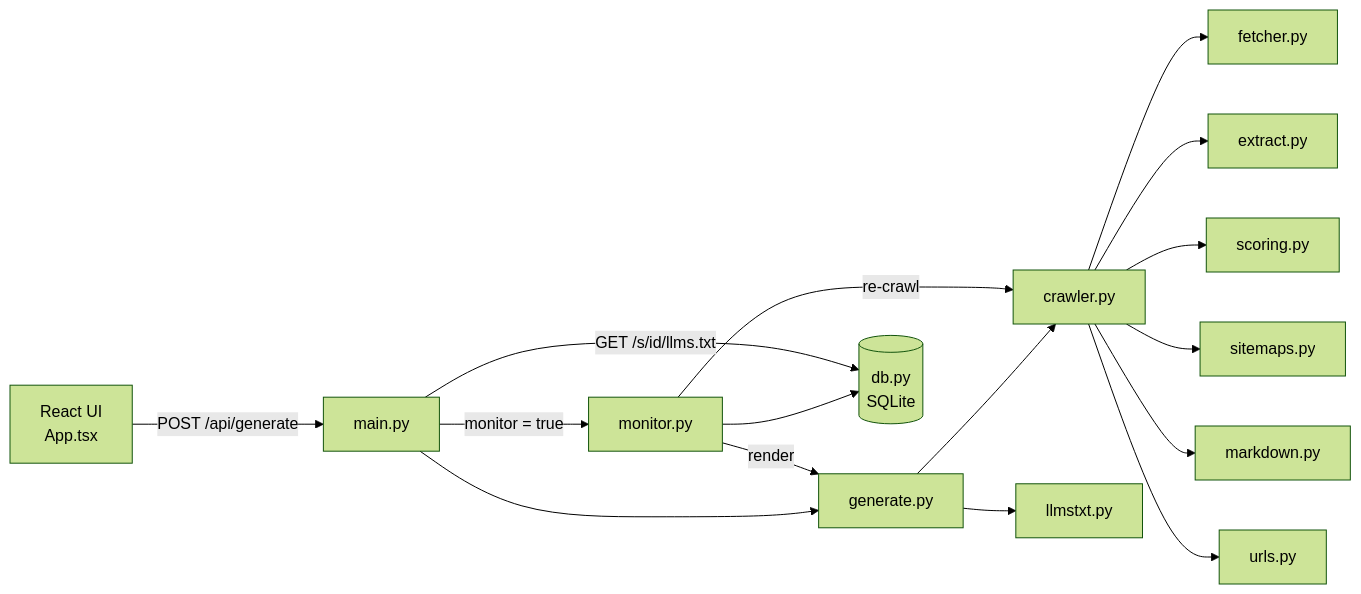
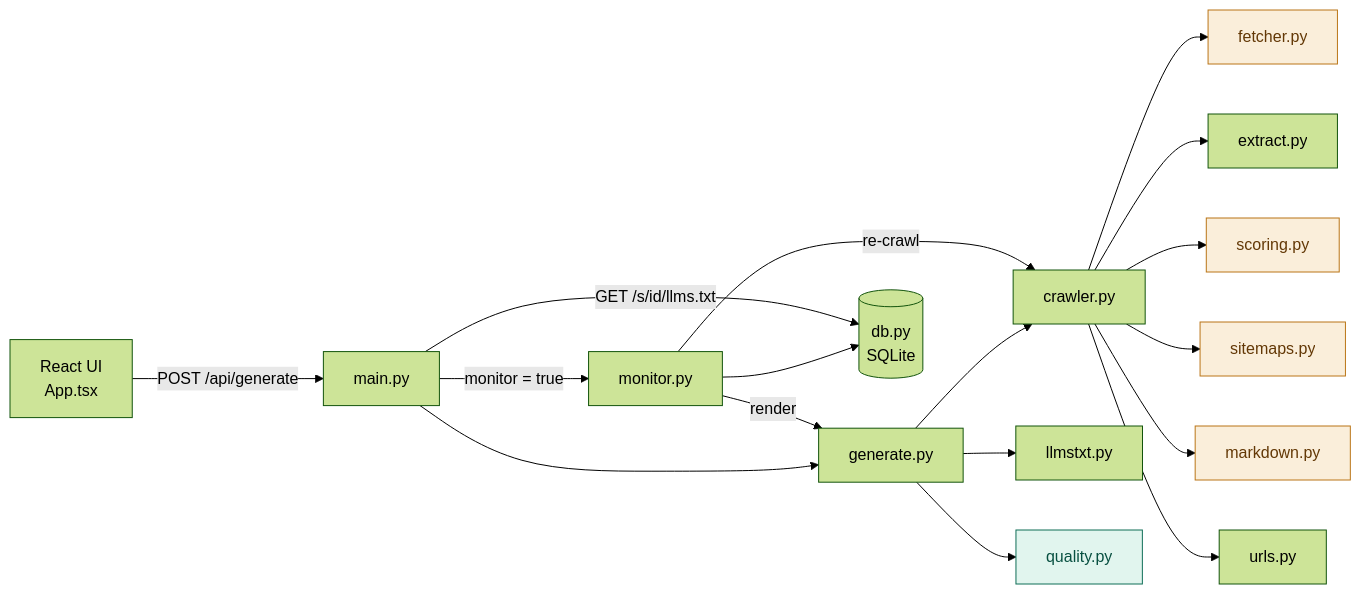
One commit to nmallekav/llms-txt-nishanth-mallekav changed the first of 2 diagrams in docs/code-walkthrough.md. Above: the diagram before and after it, drawn with Mermaid (forest theme). The commit also changed other lines of this file and 22 other files, not shown here.

First line of the commit message:
Add quality report, result caching and crawler improvements

````diff
--- a/docs/code-walkthrough.md
+++ b/docs/code-walkthrough.md
@@ -15,18 +16,24 @@
 ```mermaid
 flowchart LR
     UI[React UI<br/>App.tsx] -->|POST /api/generate| MAIN[main.py]
     MAIN --> GEN[generate.py]
     MAIN -->|monitor = true| MON[monitor.py]
     GEN --> CR[crawler.py]
     GEN --> LT[llmstxt.py]
+    GEN --> QU[quality.py]
     CR --> FE[fetcher.py]
     CR --> EX[extract.py]
     CR --> SC[scoring.py]
     CR --> SM[sitemaps.py]
     CR --> MD[markdown.py]
     CR --> UR[urls.py]
     MON -->|re-crawl| CR
     MON -->|render| GEN
     MON --> DB[(db.py<br/>SQLite)]
     MAIN -->|GET /s/id/llms.txt| DB
+
+    classDef helper fill:#FAEEDA,stroke:#BA7517,color:#633806
+    classDef report fill:#E1F5EE,stroke:#0F6E56,color:#085041
+    class FE,SC,SM,MD helper
+    class QU report
 ```
````
